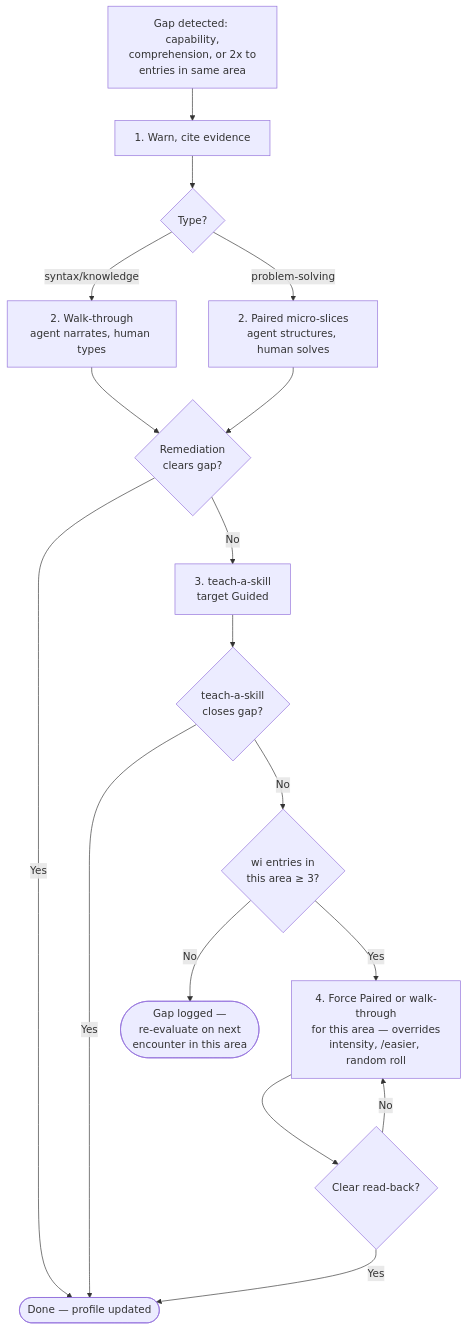
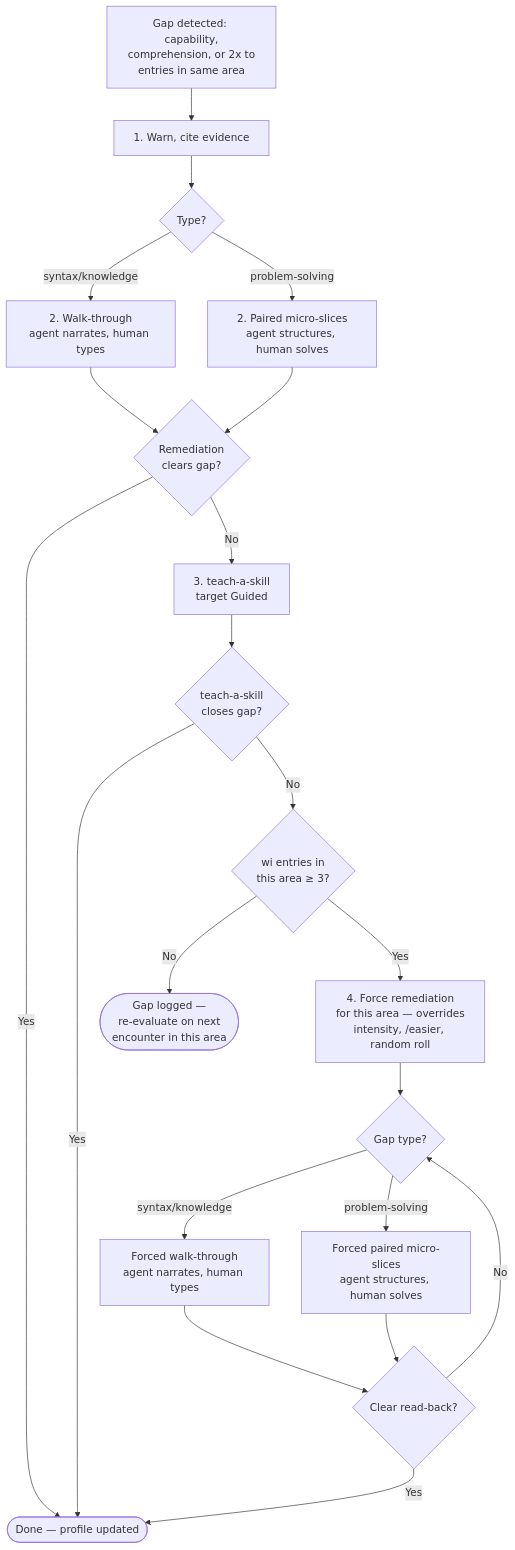
The second of 5 diagrams in skills/vibe-code-antidote/SKILL.md (MegaByteMark/skills-to-pay-the-ai-bills), drawn with Mermaid before and after one commit. The commit also changed other lines of this file, not shown here.

Commit message:
fix: closed gap identified by GLM with agents decision point for how to intervene.

````diff
--- a/skills/vibe-code-antidote/SKILL.md
+++ b/skills/vibe-code-antidote/SKILL.md
@@ -63,19 +63,23 @@
 ```mermaid
 flowchart TD
     GAP[Gap detected: capability,<br>comprehension, or 2x to<br>entries in same area] --> WARN[1. Warn, cite evidence]
     WARN --> DIAG{Type?}
     DIAG -->|syntax/knowledge| WALK[2. Walk-through<br>agent narrates, human types]
     DIAG -->|problem-solving| PAIR[2. Paired micro-slices<br>agent structures, human solves]
     WALK --> CLEAR{Remediation<br>clears gap?}
     PAIR --> CLEAR
     CLEAR -->|Yes| DONE([Done — profile updated])
     CLEAR -->|No| TEACH[3. teach-a-skill<br>target Guided]
     TEACH --> LEARNED{teach-a-skill<br>closes gap?}
     LEARNED -->|Yes| DONE
     LEARNED -->|No| COUNT{wi entries in<br>this area ≥ 3?}
     COUNT -->|No| LOGGED([Gap logged —<br>re-evaluate on next<br>encounter in this area])
-    COUNT -->|Yes| FORCE[4. Force Paired or walk-through<br>for this area — overrides<br>intensity, /easier, random roll]
-    FORCE --> FCHECK{Clear read-back?}
+    COUNT -->|Yes| FORCE[4. Force remediation<br>for this area — overrides<br>intensity, /easier, random roll]
+    FORCE --> FTYPE{Gap type?}
+    FTYPE -->|syntax/knowledge| FWALK[Forced walk-through<br>agent narrates, human types]
+    FTYPE -->|problem-solving| FPAIR[Forced paired micro-slices<br>agent structures, human solves]
+    FWALK --> FCHECK{Clear read-back?}
+    FPAIR --> FCHECK
     FCHECK -->|Yes| DONE
-    FCHECK -->|No| FORCE
+    FCHECK -->|No| FTYPE
 ```
````
